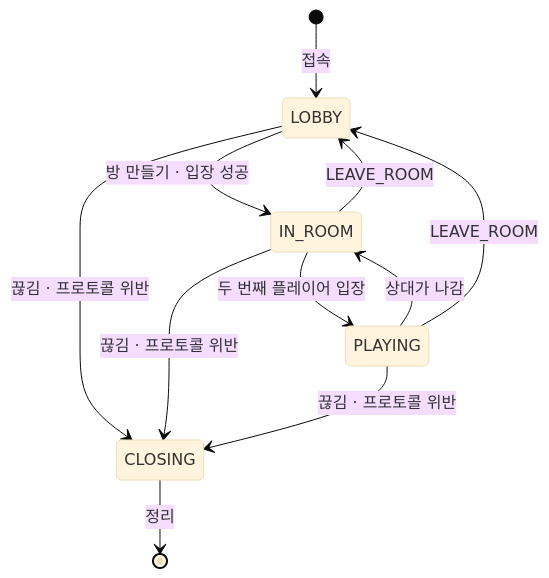
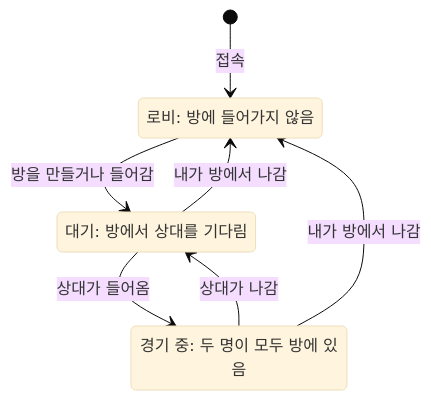
The third of 4 diagrams in docs/overview.md (JustForLabor/Relay-Server-Practice), drawn with Mermaid (base theme) before and after one commit. The commit also changed other lines of this file and 1 other file, not shown here.

Commit message:
docs(overview): plain-language main loop and connection state diagrams; checker rule 4

````diff
--- a/docs/overview.md
+++ b/docs/overview.md
@@ -123,14 +130,13 @@
 ```mermaid
 stateDiagram-v2
     direction TB
-    [*] --> LOBBY: 접속
-    LOBBY --> IN_ROOM: 방 만들기 · 입장 성공
-    IN_ROOM --> PLAYING: 두 번째 플레이어 입장
-    PLAYING --> IN_ROOM: 상대가 나감
-    IN_ROOM --> LOBBY: LEAVE_ROOM
-    PLAYING --> LOBBY: LEAVE_ROOM
-    LOBBY --> CLOSING: 끊김 · 프로토콜 위반
-    IN_ROOM --> CLOSING: 끊김 · 프로토콜 위반
-    PLAYING --> CLOSING: 끊김 · 프로토콜 위반
-    CLOSING --> [*]: 정리
+    state "로비: 방에 들어가지 않음" as lobby
+    state "대기: 방에서 상대를 기다림" as waiting
+    state "경기 중: 두 명이 모두 방에 있음" as playing
+    [*] --> lobby: 접속
+    lobby --> waiting: 방을 만들거나 들어감
+    waiting --> playing: 상대가 들어옴
+    playing --> waiting: 상대가 나감
+    waiting --> lobby: 내가 방에서 나감
+    playing --> lobby: 내가 방에서 나감
 ```
````
